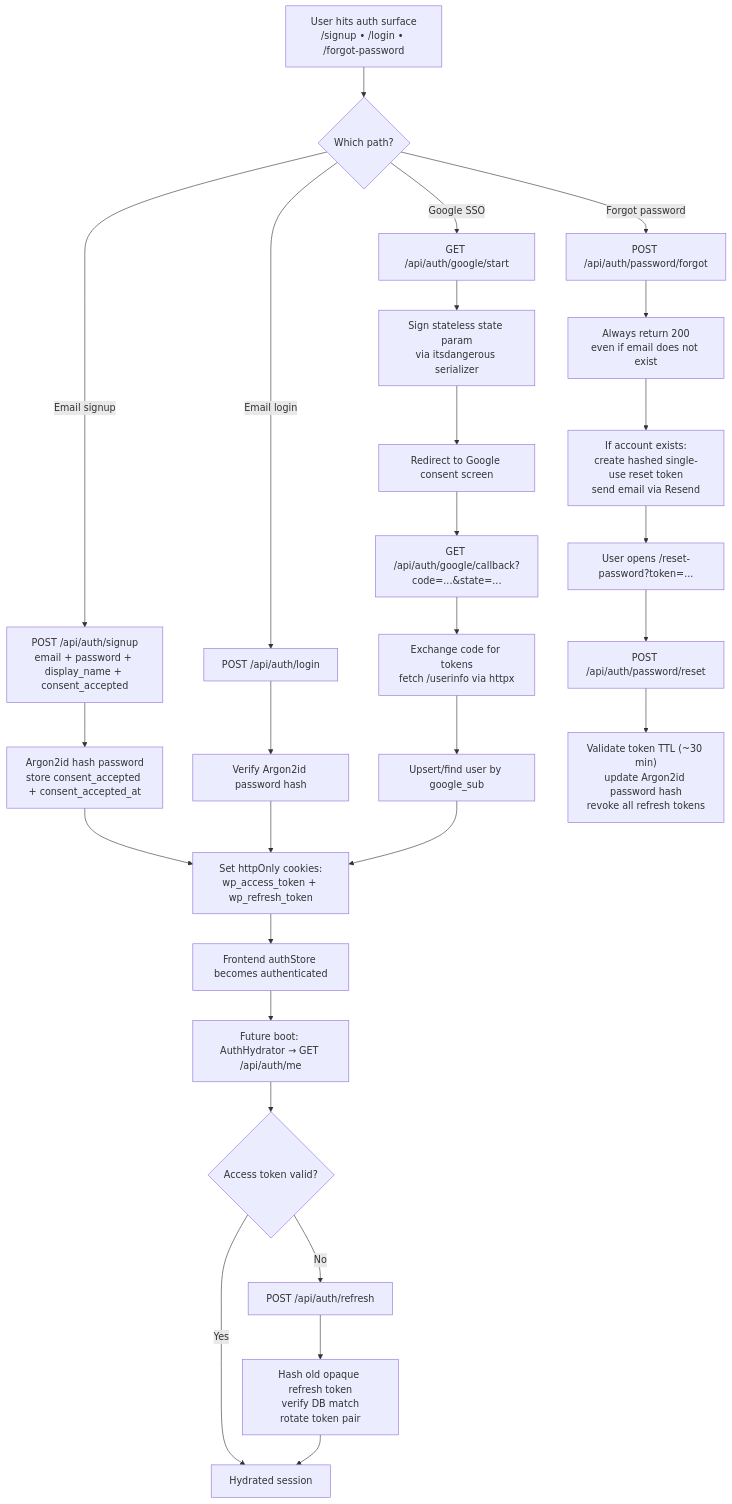
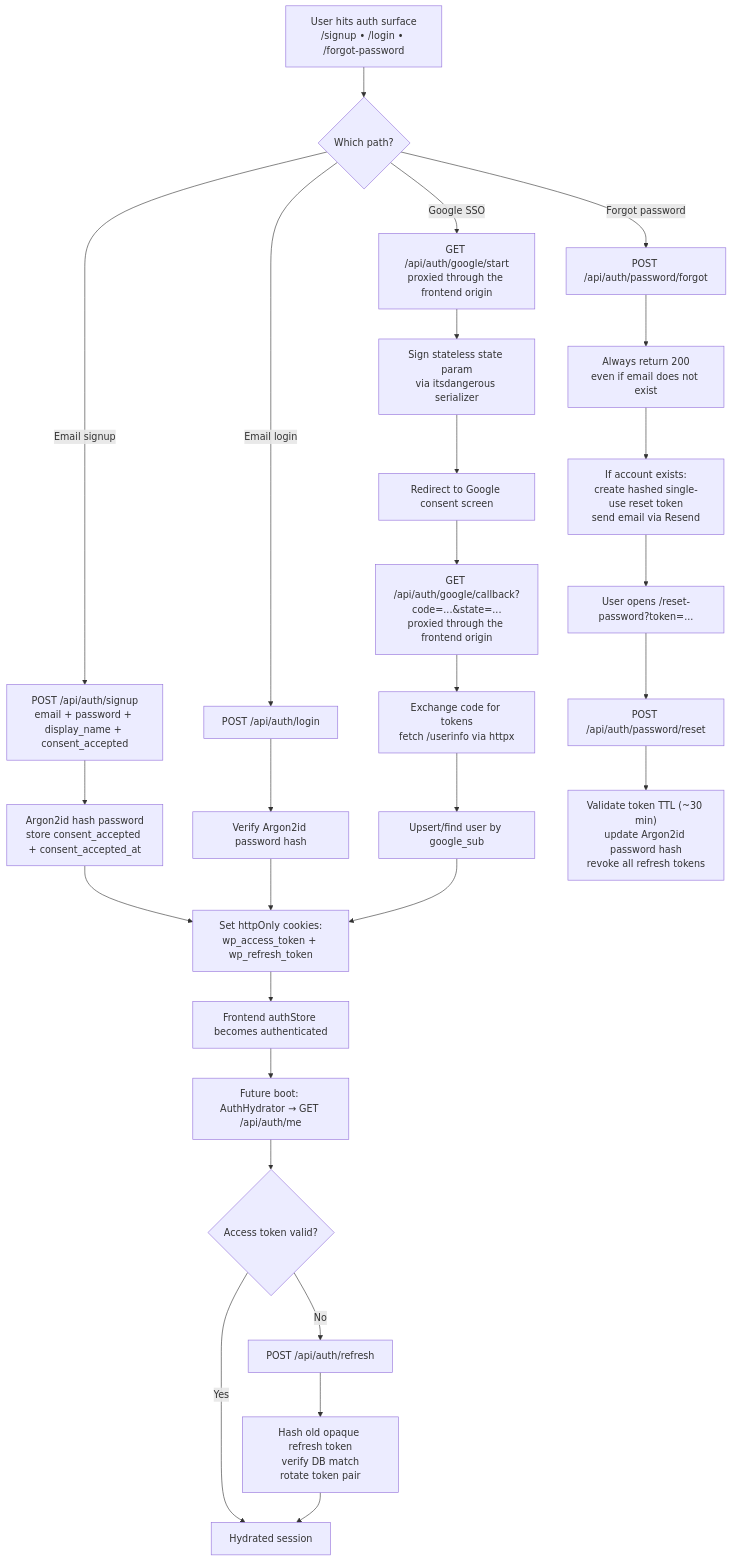
One commit to kunalsmathur-gif/wanderplanner changed the first of 3 diagrams in docs/system-design.md. Above: the diagram before and after it, drawn with Mermaid. The commit also changed other lines of this file and 4 other files, not shown here.

````diff
--- a/docs/system-design.md
+++ b/docs/system-design.md
@@ -386,35 +386,35 @@
 ```mermaid
 flowchart TD
     A["User hits auth surface<br/>/signup • /login • /forgot-password"] --> B{"Which path?"}
 
     B -->|Email signup| C["POST /api/auth/signup<br/>email + password + display_name + consent_accepted"]
     C --> C1["Argon2id hash password<br/>store consent_accepted + consent_accepted_at"]
     C1 --> C2["Set httpOnly cookies:<br/>wp_access_token + wp_refresh_token"]
     C2 --> C3["Frontend authStore becomes authenticated"]
 
     B -->|Email login| D["POST /api/auth/login"]
     D --> D1["Verify Argon2id password hash"]
     D1 --> C2
 
-    B -->|Google SSO| E["GET /api/auth/google/start"]
+    B -->|Google SSO| E["GET /api/auth/google/start<br/>proxied through the frontend origin"]
     E --> E1["Sign stateless state param<br/>via itsdangerous serializer"]
     E1 --> E2["Redirect to Google consent screen"]
-    E2 --> E3["GET /api/auth/google/callback?code=...&state=..."]
+    E2 --> E3["GET /api/auth/google/callback?code=...&state=...<br/>proxied through the frontend origin"]
     E3 --> E4["Exchange code for tokens<br/>fetch /userinfo via httpx"]
     E4 --> E5["Upsert/find user by google_sub"]
     E5 --> C2
 
     B -->|Forgot password| F["POST /api/auth/password/forgot"]
     F --> F1["Always return 200<br/>even if email does not exist"]
     F1 --> F2["If account exists:<br/>create hashed single-use reset token<br/>send email via Resend"]
     F2 --> F3["User opens /reset-password?token=..."]
     F3 --> F4["POST /api/auth/password/reset"]
     F4 --> F5["Validate token TTL (~30 min)<br/>update Argon2id password hash<br/>revoke all refresh tokens"]
 
     C3 --> G["Future boot: AuthHydrator → GET /api/auth/me"]
     G --> H{"Access token valid?"}
     H -->|Yes| I["Hydrated session"]
     H -->|No| J["POST /api/auth/refresh"]
     J --> J1["Hash old opaque refresh token<br/>verify DB match<br/>rotate token pair"]
     J1 --> I
 ```
````
